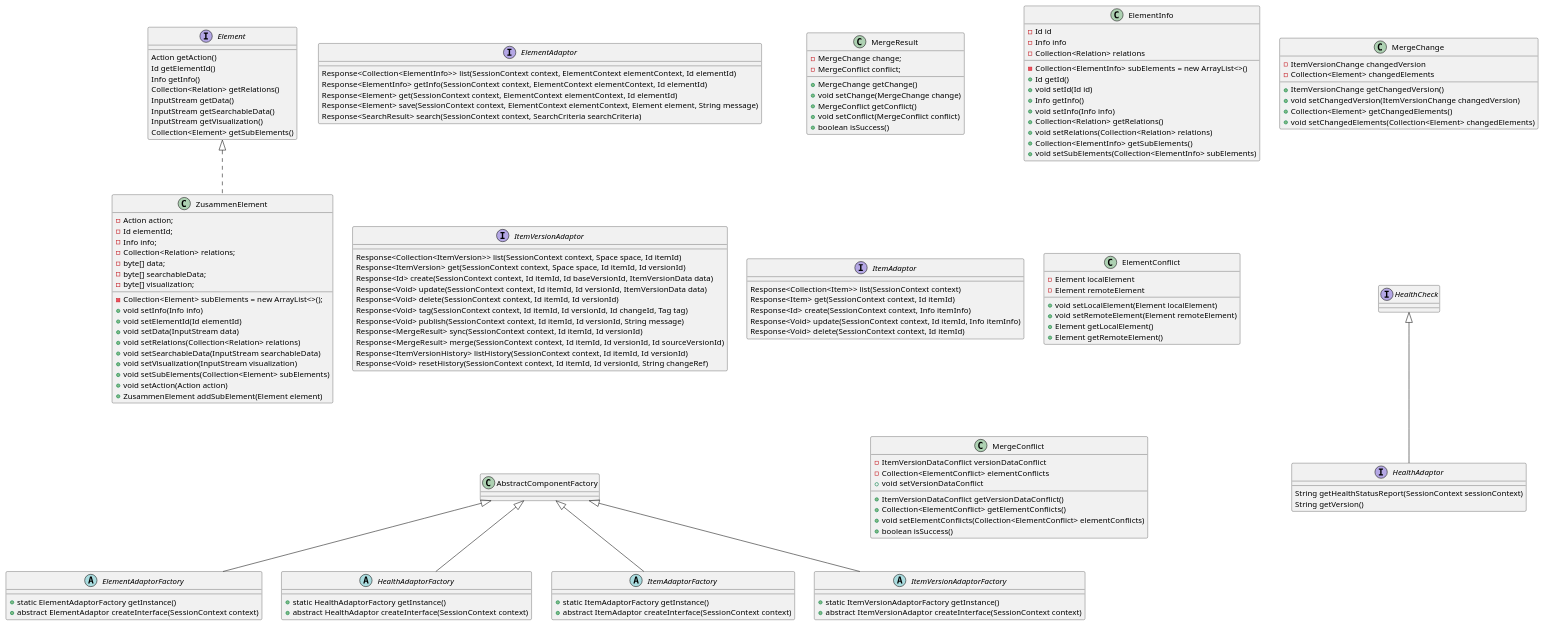
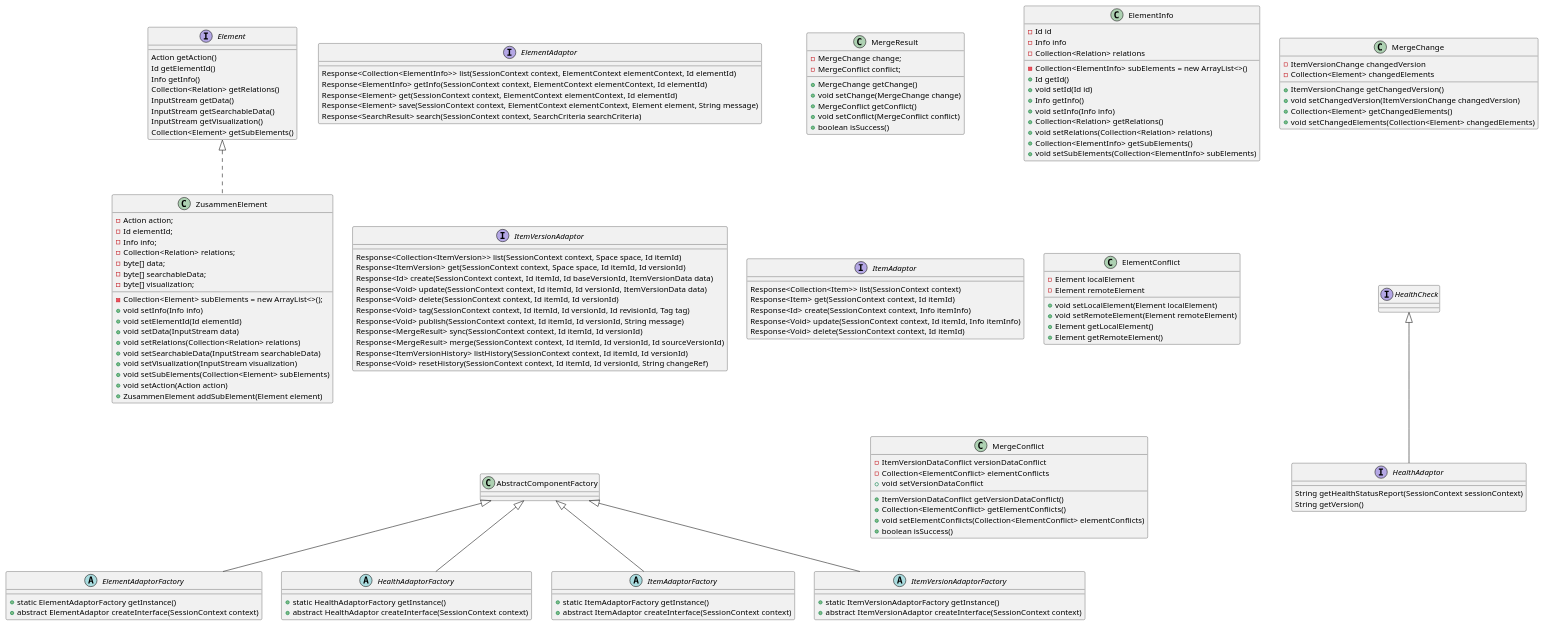
Before and after one commit to open-amdocs/zusammen: the diagram in docs/PlantUML/classdiagram.wsd, drawn with PlantUML. The commit also changed 14 other files, not shown here.

```diff
--- a/docs/PlantUML/classdiagram.wsd
+++ b/docs/PlantUML/classdiagram.wsd
@@ -1,155 +1,155 @@
 @startuml
 skinparam shadowing false
 
 class ZusammenElement implements Element {
   -Action action;
   -Id elementId;
   -Info info;
   -Collection<Relation> relations;
   -byte[] data;
   -byte[] searchableData;
   -byte[] visualization;
   -Collection<Element> subElements = new ArrayList<>();
   +void setInfo(Info info)
   +void setElementId(Id elementId)
   +void setData(InputStream data)
   +void setRelations(Collection<Relation> relations)
   +void setSearchableData(InputStream searchableData)
   +void setVisualization(InputStream visualization)
   +void setSubElements(Collection<Element> subElements)
   +void setAction(Action action)
   +ZusammenElement addSubElement(Element element)
 }
 
 interface ElementAdaptor {
 
   Response<Collection<ElementInfo>> list(SessionContext context, ElementContext elementContext, Id elementId)
   Response<ElementInfo> getInfo(SessionContext context, ElementContext elementContext, Id elementId)
   Response<Element> get(SessionContext context, ElementContext elementContext, Id elementId)
   Response<Element> save(SessionContext context, ElementContext elementContext, Element element, String message)
   Response<SearchResult> search(SessionContext context, SearchCriteria searchCriteria)
 
 }
 
 abstract class ElementAdaptorFactory extends AbstractComponentFactory {
   +static ElementAdaptorFactory getInstance()
   +abstract ElementAdaptor createInterface(SessionContext context)
 }
 
 interface Element {
   Action getAction()
   Id getElementId()
   Info getInfo()
   Collection<Relation> getRelations()
   InputStream getData()
   InputStream getSearchableData()
   InputStream getVisualization()
   Collection<Element> getSubElements()
 }
 
 class ElementConflict {
   -Element localElement
   -Element remoteElement
   +void setLocalElement(Element localElement)
   +void setRemoteElement(Element remoteElement)
   +Element getLocalElement()
   +Element getRemoteElement()
 }
 
 class ElementInfo {
   -Id id
   -Info info
   -Collection<Relation> relations
   -Collection<ElementInfo> subElements = new ArrayList<>()
   +Id getId()
   +void setId(Id id)
   +Info getInfo() 
   +void setInfo(Info info)
   +Collection<Relation> getRelations()
   +void setRelations(Collection<Relation> relations)
   +Collection<ElementInfo> getSubElements()
   +void setSubElements(Collection<ElementInfo> subElements)
 }
 
 interface ItemAdaptor {
   Response<Collection<Item>> list(SessionContext context)
   Response<Item> get(SessionContext context, Id itemId)
   Response<Id> create(SessionContext context, Info itemInfo)
   Response<Void> update(SessionContext context, Id itemId, Info itemInfo)
   Response<Void> delete(SessionContext context, Id itemId)
 }
 
 interface ItemVersionAdaptor {
   Response<Collection<ItemVersion>> list(SessionContext context, Space space, Id itemId)
   Response<ItemVersion> get(SessionContext context, Space space, Id itemId, Id versionId)
   Response<Id> create(SessionContext context, Id itemId, Id baseVersionId, ItemVersionData data)
   Response<Void> update(SessionContext context, Id itemId, Id versionId, ItemVersionData data)
   Response<Void> delete(SessionContext context, Id itemId, Id versionId)
-  Response<Void> tag(SessionContext context, Id itemId, Id versionId, Id changeId, Tag tag)
+  Response<Void> tag(SessionContext context, Id itemId, Id versionId, Id revisionId, Tag tag)
   Response<Void> publish(SessionContext context, Id itemId, Id versionId, String message)
   Response<MergeResult> sync(SessionContext context, Id itemId, Id versionId)
   Response<MergeResult> merge(SessionContext context, Id itemId, Id versionId, Id sourceVersionId)
   Response<ItemVersionHistory> listHistory(SessionContext context, Id itemId, Id versionId)
   Response<Void> resetHistory(SessionContext context, Id itemId, Id versionId, String changeRef)
 }
 
 class MergeChange {
   -ItemVersionChange changedVersion
   -Collection<Element> changedElements
   +ItemVersionChange getChangedVersion()
   +void setChangedVersion(ItemVersionChange changedVersion)
   +Collection<Element> getChangedElements()
   +void setChangedElements(Collection<Element> changedElements)
 }
 
 class MergeConflict {
   -ItemVersionDataConflict versionDataConflict
   -Collection<ElementConflict> elementConflicts
   +ItemVersionDataConflict getVersionDataConflict()
   +void setVersionDataConflict
   +Collection<ElementConflict> getElementConflicts()
   +void setElementConflicts(Collection<ElementConflict> elementConflicts)
   +boolean isSuccess()
 }
 
 class MergeResult {
   -MergeChange change;
   -MergeConflict conflict;
   +MergeChange getChange()
   +void setChange(MergeChange change)
   +MergeConflict getConflict()
   +void setConflict(MergeConflict conflict)
   +boolean isSuccess()
 }
 
 
 
 interface HealthAdaptor extends HealthCheck{
    String getHealthStatusReport(SessionContext sessionContext)
    String getVersion()
 }
 
 abstract class HealthAdaptorFactory extends AbstractComponentFactory {
     +static HealthAdaptorFactory getInstance() 
     +abstract HealthAdaptor createInterface(SessionContext context)
 }
 
 abstract class ItemAdaptorFactory extends AbstractComponentFactory {
   +static ItemAdaptorFactory getInstance()
   +abstract ItemAdaptor createInterface(SessionContext context)
 }
 
 abstract class ItemVersionAdaptorFactory extends AbstractComponentFactory {
 
   +static ItemVersionAdaptorFactory getInstance()
   +abstract ItemVersionAdaptor createInterface(SessionContext context)
 }
 
 ItemVersionAdaptor -[hidden]- AbstractComponentFactory
 MergeChange -[hidden]- HealthCheck
 ElementAdaptor -[hidden]- ItemVersionAdaptor
 ElementInfo -[hidden]- ElementConflict
 ElementConflict -[hidden]- MergeConflict
 ItemAdaptor -[hidden]- MergeConflict
 MergeResult -[hidden]- ItemAdaptor
 @enduml
```
